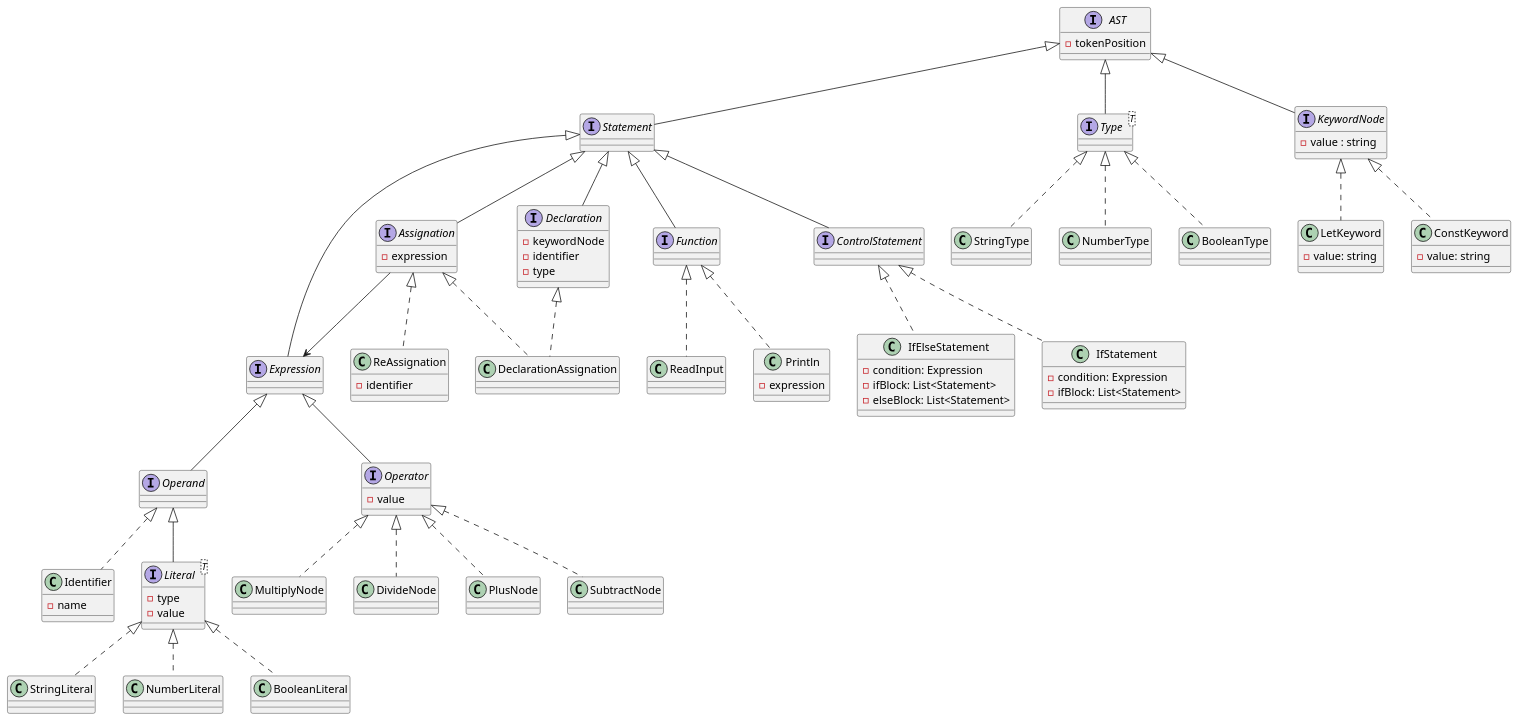
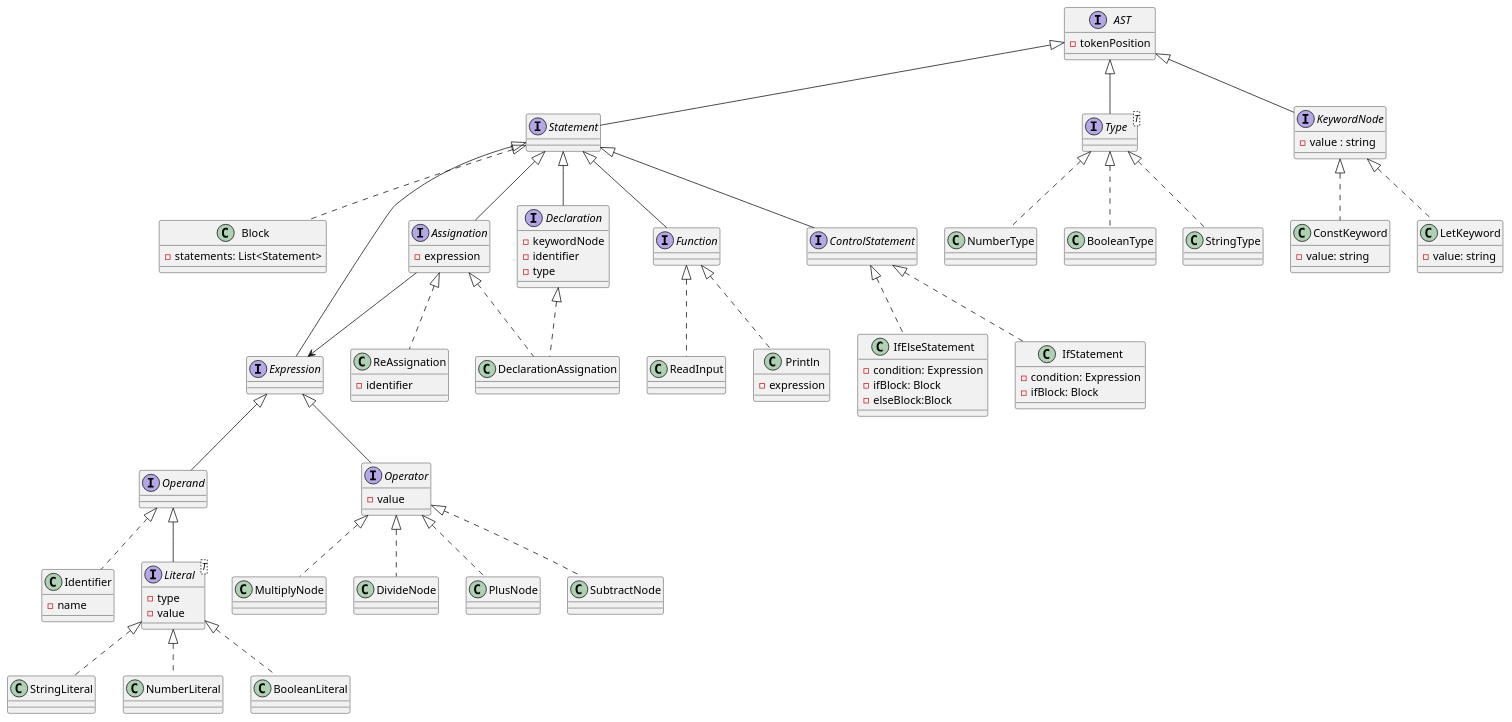
Before and after one commit to Chanflito/PrintScript: the diagram in diagrams/ast.puml, drawn with PlantUML. The commit also changed 8 other files, not shown here.

```diff
--- a/diagrams/ast.puml
+++ b/diagrams/ast.puml
@@ -1,100 +1,104 @@
 @startuml
 interface AST{
     -tokenPosition
 }
 interface Expression implements Statement{
 }
 
 class Identifier implements Operand{
     -name
 }
 
 interface Statement implements AST{
 
 }
 
 interface Type <T> implements AST{
 }
 
 interface Literal<T> implements Operand{
     -type
     -value
 }
 
 class StringLiteral implements Literal
 class NumberLiteral implements Literal
 class BooleanLiteral implements Literal
 
 interface KeywordNode implements AST {
     -value : string
 }
 
 class LetKeyword implements KeywordNode{
     -value: string
 }
 
 class ConstKeyword implements KeywordNode{
     -value: string
 }
 
 
 interface Declaration implements Statement{
     -keywordNode
     -identifier
     -type
 }
 
 interface Assignation implements Statement {
     -expression
 }
 
 class ReAssignation implements Assignation{
     -identifier
 }
 class DeclarationAssignation implements Assignation, Declaration{
 
 }
 
 
 interface Operator implements Expression{
     -value
 }
 interface Operand implements Expression{
 }
 
 
 interface Function implements Statement
 
 
 class PlusNode implements Operator
 class SubtractNode implements Operator
 class MultiplyNode implements Operator
 class DivideNode implements Operator
 
 
 class BooleanType implements Type
 class StringType implements Type
 class NumberType implements Type
 
 class Println implements Function{
     -expression
 }
 
 class ReadInput implements Function
 
 interface ControlStatement implements Statement{}
 
 class IfStatement implements ControlStatement{
     -condition: Expression
-    -ifBlock: List<Statement>
+    -ifBlock: Block
 
 }
 
 class IfElseStatement implements ControlStatement{
     -condition: Expression
-    -ifBlock: List<Statement>
-    -elseBlock: List<Statement>
+    -ifBlock: Block
+    -elseBlock:Block
 }
+
+class Block implements Statement{
+    -statements: List<Statement>
+    }
 
 Assignation --> Expression
 @enduml
```
